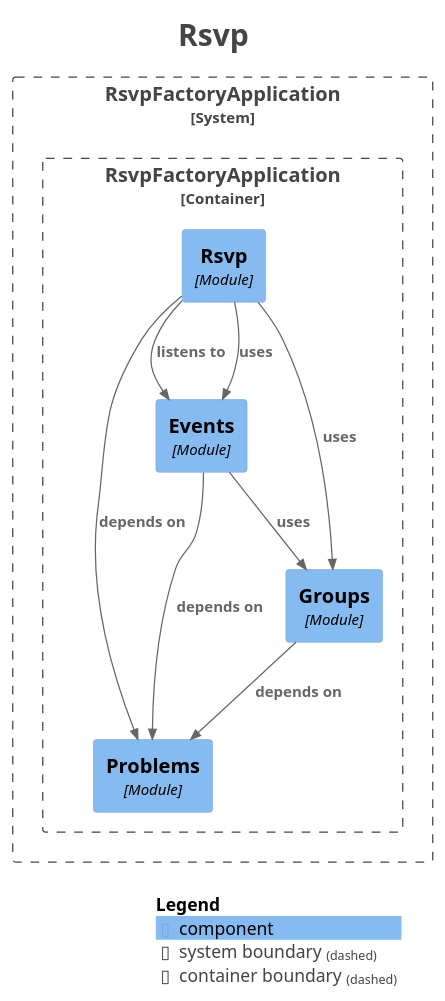
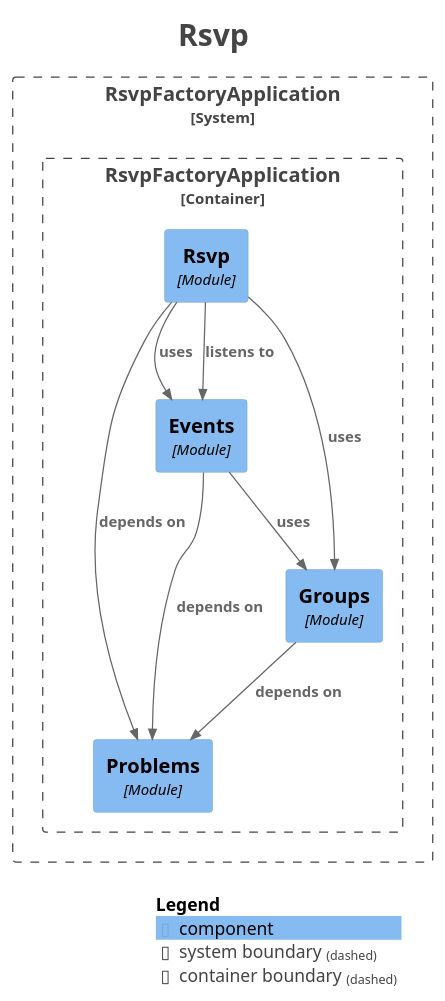
Before and after one commit to kylehoehns/rsvp-factory: the diagram in docs/modules/module-rsvp.puml, drawn with PlantUML. The commit also changed other lines of this file and 6 other files, not shown here.

```diff
--- a/docs/modules/module-rsvp.puml
+++ b/docs/modules/module-rsvp.puml
@@ -1,38 +1,38 @@
 @startuml
 title <size:24>Rsvp</size>
 
 set separator none
 top to bottom direction
 
 <style>
   root {
     BackgroundColor: #ffffff
     FontColor: #444444
   }
 </style>
 
 !include <C4/C4>
 !include <C4/C4_Context>
 !include <C4/C4_Component>
 
 System_Boundary("RsvpFactoryApplication_boundary", "RsvpFactoryApplication", $tags="") {
   Container_Boundary("RsvpFactoryApplication.RsvpFactoryApplication_boundary", "RsvpFactoryApplication", $tags="") {
     Component(RsvpFactoryApplication.RsvpFactoryApplication.Problems, "Problems", $techn="Module", $descr="", $tags="", $link="")
     Component(RsvpFactoryApplication.RsvpFactoryApplication.Groups, "Groups", $techn="Module", $descr="", $tags="", $link="")
     Component(RsvpFactoryApplication.RsvpFactoryApplication.Events, "Events", $techn="Module", $descr="", $tags="", $link="")
     Component(RsvpFactoryApplication.RsvpFactoryApplication.Rsvp, "Rsvp", $techn="Module", $descr="", $tags="", $link="")
   }
 
 }
 
-Rel(RsvpFactoryApplication.RsvpFactoryApplication.Rsvp, RsvpFactoryApplication.RsvpFactoryApplication.Problems, "depends on", $techn="", $tags="", $link="")
+Rel(RsvpFactoryApplication.RsvpFactoryApplication.Events, RsvpFactoryApplication.RsvpFactoryApplication.Groups, "uses", $techn="", $tags="", $link="")
+Rel(RsvpFactoryApplication.RsvpFactoryApplication.Events, RsvpFactoryApplication.RsvpFactoryApplication.Problems, "depends on", $techn="", $tags="", $link="")
+Rel(RsvpFactoryApplication.RsvpFactoryApplication.Groups, RsvpFactoryApplication.RsvpFactoryApplication.Problems, "depends on", $techn="", $tags="", $link="")
+Rel(RsvpFactoryApplication.RsvpFactoryApplication.Rsvp, RsvpFactoryApplication.RsvpFactoryApplication.Events, "listens to", $techn="", $tags="", $link="")
 Rel(RsvpFactoryApplication.RsvpFactoryApplication.Rsvp, RsvpFactoryApplication.RsvpFactoryApplication.Events, "uses", $techn="", $tags="", $link="")
 Rel(RsvpFactoryApplication.RsvpFactoryApplication.Rsvp, RsvpFactoryApplication.RsvpFactoryApplication.Groups, "uses", $techn="", $tags="", $link="")
-Rel(RsvpFactoryApplication.RsvpFactoryApplication.Groups, RsvpFactoryApplication.RsvpFactoryApplication.Problems, "depends on", $techn="", $tags="", $link="")
-Rel(RsvpFactoryApplication.RsvpFactoryApplication.Events, RsvpFactoryApplication.RsvpFactoryApplication.Problems, "depends on", $techn="", $tags="", $link="")
-Rel(RsvpFactoryApplication.RsvpFactoryApplication.Events, RsvpFactoryApplication.RsvpFactoryApplication.Groups, "uses", $techn="", $tags="", $link="")
-Rel(RsvpFactoryApplication.RsvpFactoryApplication.Rsvp, RsvpFactoryApplication.RsvpFactoryApplication.Events, "listens to", $techn="", $tags="", $link="")
+Rel(RsvpFactoryApplication.RsvpFactoryApplication.Rsvp, RsvpFactoryApplication.RsvpFactoryApplication.Problems, "depends on", $techn="", $tags="", $link="")
 
 SHOW_LEGEND(true)
 hide stereotypes
 @enduml
```
